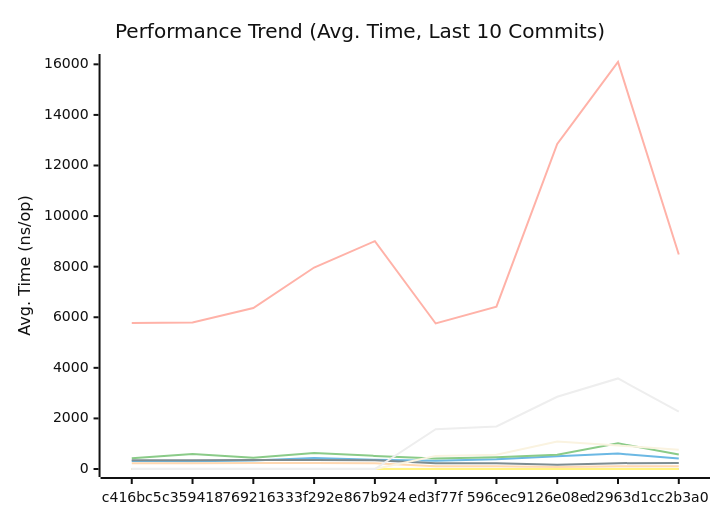
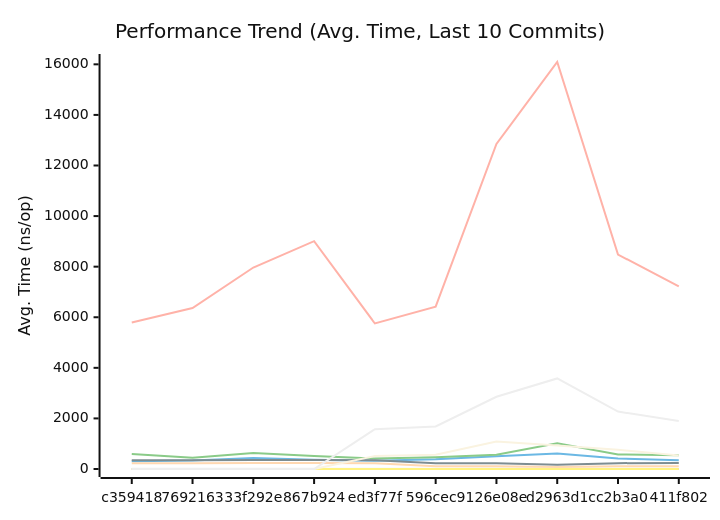
One commit to alsotoes/momo changed the first of 3 diagrams in docs/PERFORMANCE.md. Above: the diagram before and after it, drawn with Mermaid (neutral theme). The commit also changed other lines of this file and 4 other files, not shown here.

````diff
--- a/docs/PERFORMANCE.md
+++ b/docs/PERFORMANCE.md
@@ -128,18 +128,18 @@
 ```mermaid
 xychart-beta
     title "Performance Trend (Avg. Time, Last 10 Commits)"
     x-axis "Commit"
     y-axis "Avg. Time (ns/op)"
-    x-axis [c416bc5,c359418,7692163,33f292e,867b924,ed3f77f,596cec9,126e08e,d2963d1,cc2b3a0]
-    line "CheckMetricsAndSwap" [8,8,9,13,13,8,9,22,17,13]
-    line "CrushOptimized" [315,308,332,438,367,326,382,508,611,411]
-    line "CrushOriginal" [426,593,442,635,518,416,464,564,1014,574]
-    line "IndexDirectTracking" [0,0,0,0,1,0,0,1,1,0]
-    line "IndexSearch" [3,3,3,3,4,2,2,2,3,2]
-    line "LoadGlobalConfig" [5771,5790,6366,7966,9009,5754,6420,12850,16092,8480]
-    line "PadString" [2,2,2,2,3,2,3,4,4,3]
+    x-axis [c359418,7692163,33f292e,867b924,ed3f77f,596cec9,126e08e,d2963d1,cc2b3a0,411f802]
+    line "CheckMetricsAndSwap" [8,9,13,13,8,9,22,17,13,11]
+    line "CrushOptimized" [308,332,438,367,326,382,508,611,411,349]
+    line "CrushOriginal" [593,442,635,518,416,464,564,1014,574,546]
+    line "IndexDirectTracking" [0,0,0,1,0,0,1,1,0,0]
+    line "IndexSearch" [3,3,3,4,2,2,2,3,2,2]
+    line "LoadGlobalConfig" [5790,6366,7966,9009,5754,6420,12850,16092,8480,7218]
+    line "PadString" [2,2,2,3,2,3,4,4,3,2]
     line "ParseReplicationOrder_NoPrealloc" [350,349,357,354,345,225,229,165,232,234]
     line "ParseReplicationOrder_Prealloc" [229,231,237,234,229,108,107,80,110,109]
-    line "SanitizeLog/Safe" [0,0,0,0,0,510,564,1086,932,759]
-    line "SanitizeLog/Unsafe" [0,0,0,0,0,1574,1680,2855,3581,2269]
+    line "SanitizeLog/Safe" [0,0,0,0,510,564,1086,932,759,535]
+    line "SanitizeLog/Unsafe" [0,0,0,0,1574,1680,2855,3581,2269,1896]
 ```
````
